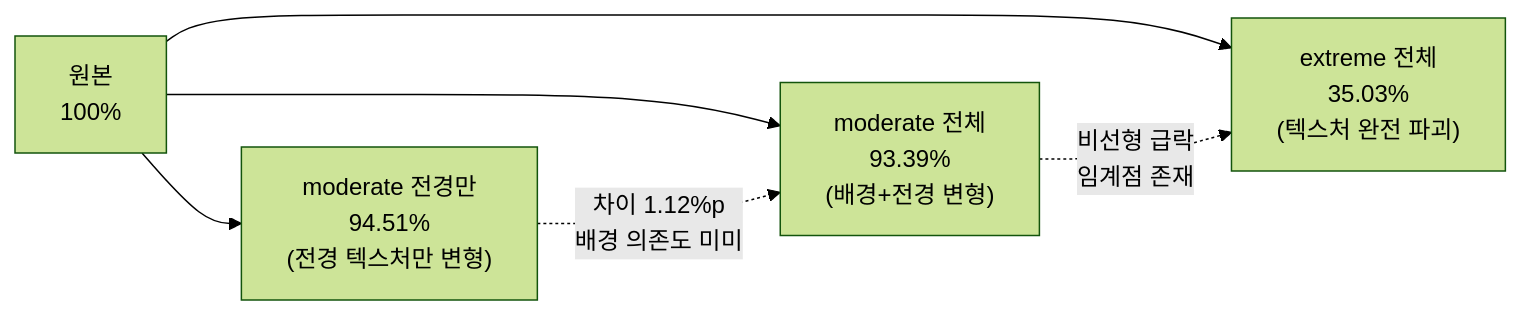
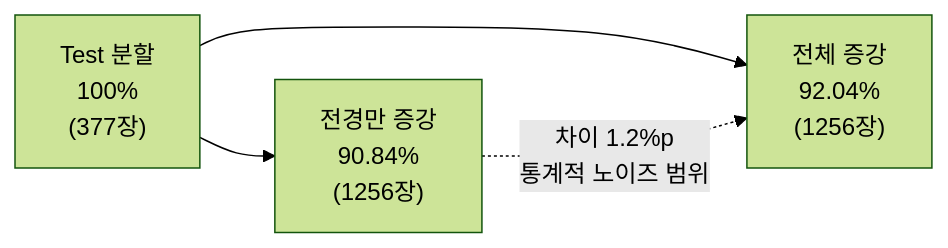
One commit to rebirther00/parts_deep changed diagram 16 of 17 in report/report_20260329_0900.md. Above: the diagram before and after it, drawn with Mermaid (forest theme). The commit also changed other lines of this file, not shown here.

````diff
--- a/report/report_20260329_0900.md
+++ b/report/report_20260329_0900.md
@@ -1224,9 +1286,7 @@
 ```mermaid
 graph LR
-    A["원본<br/>100%"] --> B["moderate 전경만<br/>94.51%<br/>(전경 텍스처만 변형)"]
-    A --> C["moderate 전체<br/>93.39%<br/>(배경+전경 변형)"]
-    A --> D["extreme 전체<br/>35.03%<br/>(텍스처 완전 파괴)"]
+    A["Test 분할<br/>100%<br/>(377장)"] --> B["전경만 증강<br/>90.84%<br/>(1256장)"]
+    A --> C["전체 증강<br/>92.04%<br/>(1256장)"]
     
-    B -. "차이 1.12%p<br/>배경 의존도 미미" .-> C
-    C -. "비선형 급락<br/>임계점 존재" .-> D
+    B -. "차이 1.2%p<br/>통계적 노이즈 범위" .-> C
 ```
````
